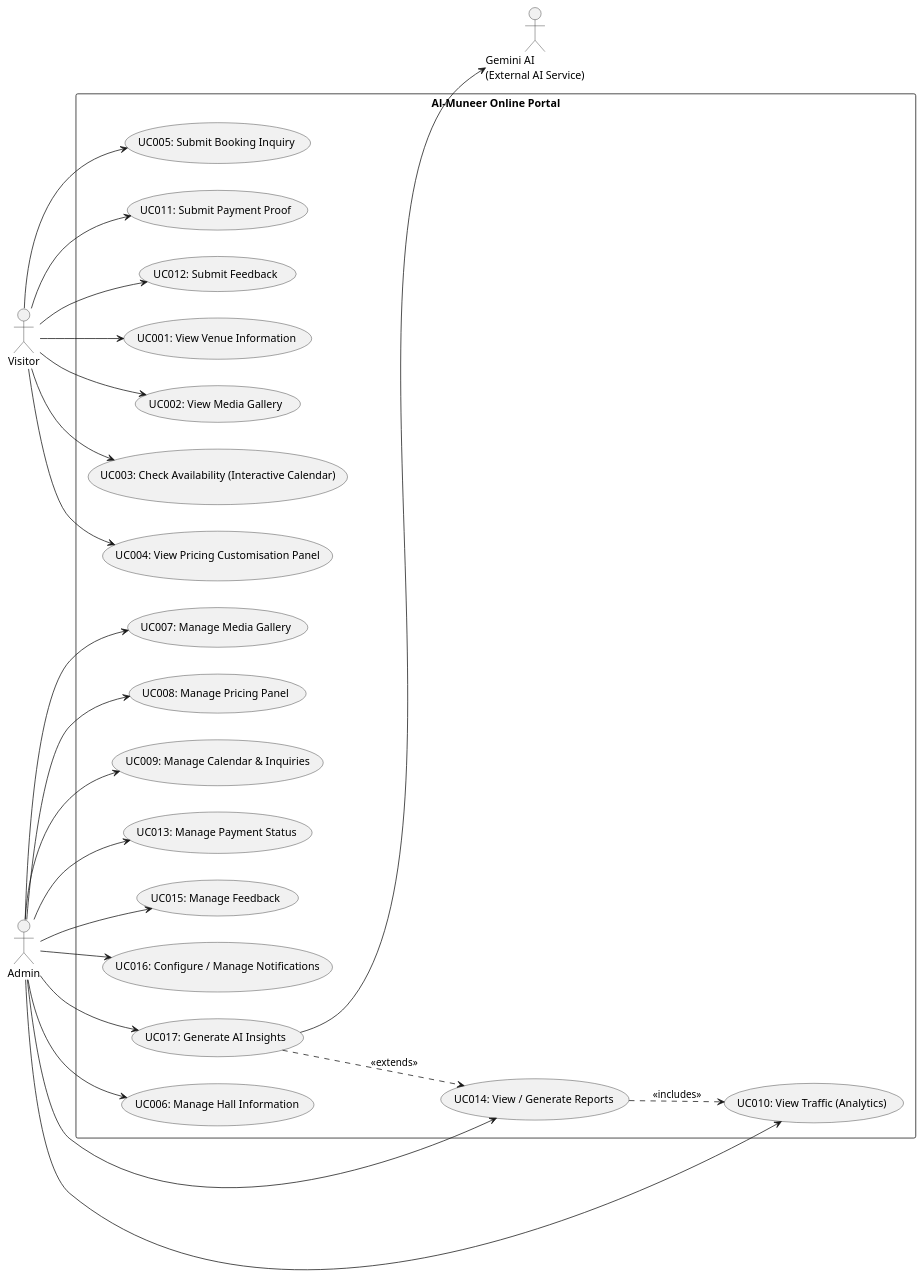
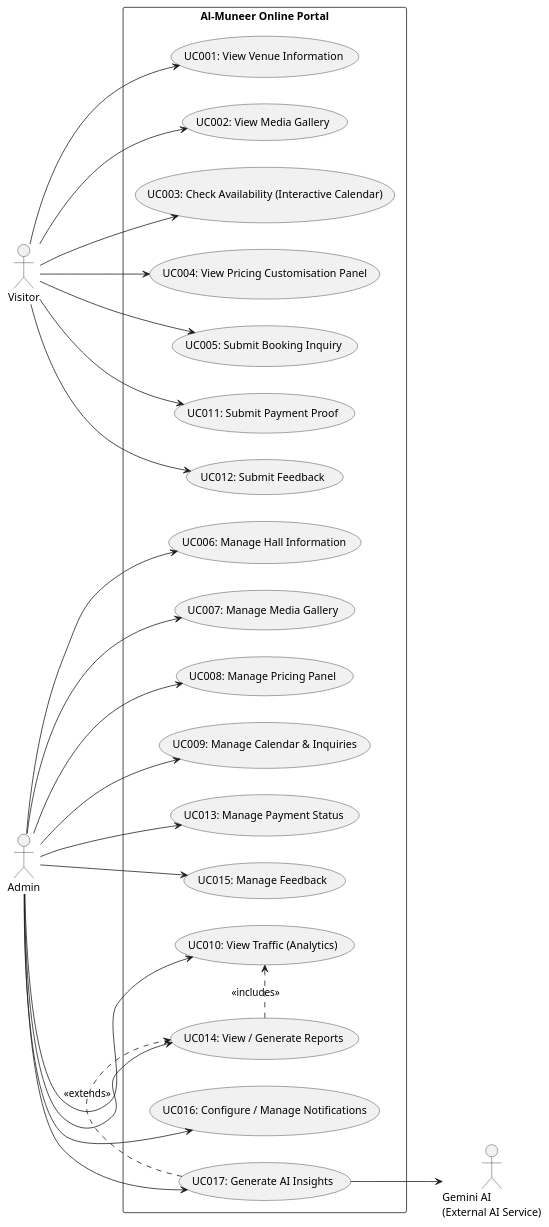
Before and after one commit to 7azmi/Al-Muneer-Portal: the first of 36 diagrams in Academic version/appendix: SRS.md, drawn with PlantUML. The commit also changed 6 other files, not shown here.

Commit message:
small update to gemini actor in usecase diagram

````diff
--- a/Academic version/appendix: SRS.md
+++ b/Academic version/appendix: SRS.md
@@ -232,53 +232,54 @@
 ```plantuml
 @startuml
 left to right direction
 actor Visitor
 actor Admin
-actor "Gemini AI\n(External AI Service)" as Gemini
 
 rectangle "Al-Muneer Online Portal" {
   usecase "UC001: View Venue Information" as UC1
   usecase "UC002: View Media Gallery" as UC2
   usecase "UC003: Check Availability (Interactive Calendar)" as UC3
   usecase "UC004: View Pricing Customisation Panel" as UC4
   usecase "UC005: Submit Booking Inquiry" as UC5
   usecase "UC011: Submit Payment Proof" as UC11
   usecase "UC012: Submit Feedback" as UC12
 
   usecase "UC006: Manage Hall Information" as UC6
   usecase "UC007: Manage Media Gallery" as UC7
   usecase "UC008: Manage Pricing Panel" as UC8
   usecase "UC009: Manage Calendar & Inquiries" as UC9
   usecase "UC013: Manage Payment Status" as UC13
   usecase "UC015: Manage Feedback" as UC15
   usecase "UC010: View Traffic (Analytics)" as UC10
   usecase "UC014: View / Generate Reports" as UC14
   usecase "UC016: Configure / Manage Notifications" as UC16
   usecase "UC017: Generate AI Insights" as UC17
 }
 
+actor "Gemini AI\n(External AI Service)" as Gemini
+
 Visitor --> UC1
 Visitor --> UC2
 Visitor --> UC3
 Visitor --> UC4
 Visitor --> UC5
 Visitor --> UC11
 Visitor --> UC12
 
 Admin --> UC6
 Admin --> UC7
 Admin --> UC8
 Admin --> UC9
 Admin --> UC13
 Admin --> UC15
 Admin --> UC10
 Admin --> UC16
 Admin --> UC14
 Admin --> UC17
 
-UC14 ..> UC10 : <<includes>>
-UC17 ..> UC14 : <<extends>>
+UC14 .[norank].> UC10 : <<includes>>
+UC17 .[norank].> UC14 : <<extends>>
 UC17 --> Gemini
 
 @enduml
 ```
````
